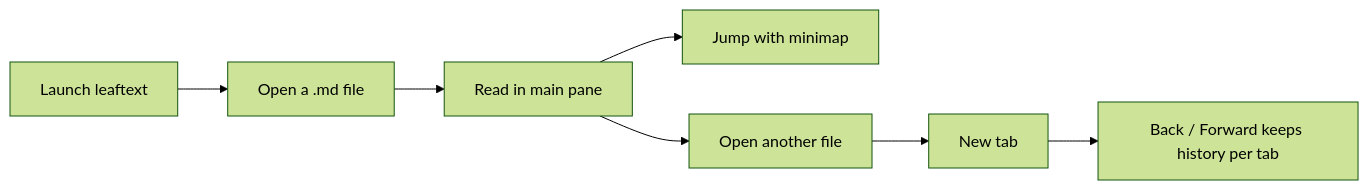
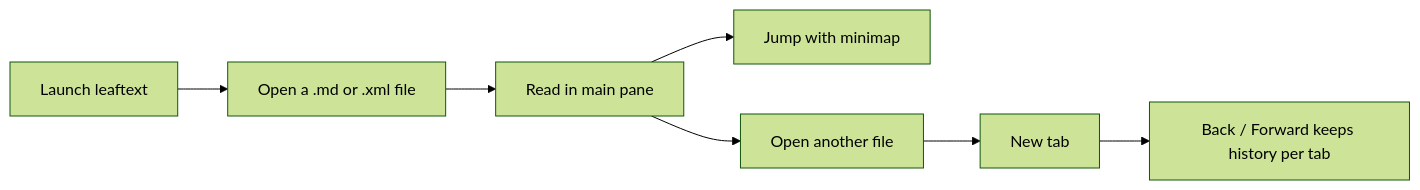
Before and after one commit to ryanallen/leaftext: the diagram in docs/quickstart.md, drawn with Mermaid (forest theme). The commit also changed other lines of this file and 6 other files, not shown here.

````diff
--- a/docs/quickstart.md
+++ b/docs/quickstart.md
@@ -17,9 +17,9 @@
 ```mermaid
 flowchart LR
-    A[Launch leaftext] --> B[Open a .md file]
+    A[Launch leaftext] --> B[Open a .md or .xml file]
     B --> C[Read in main pane]
     C --> D[Jump with minimap]
     C --> E[Open another file]
     E --> F[New tab]
     F --> G[Back / Forward keeps history per tab]
 ```
````
